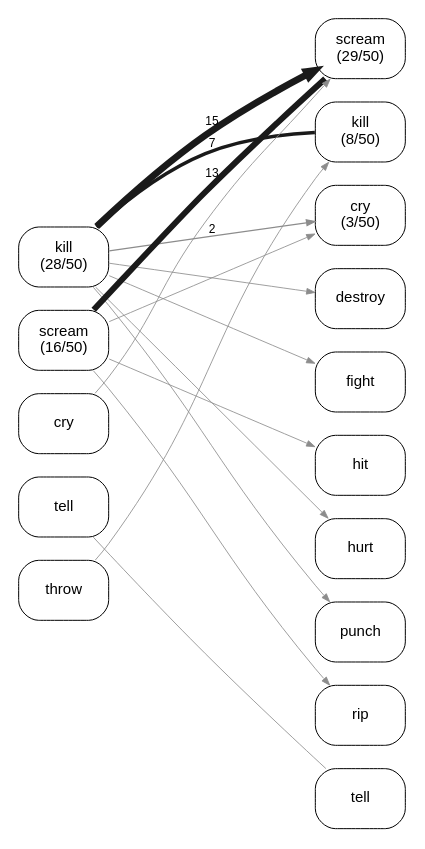
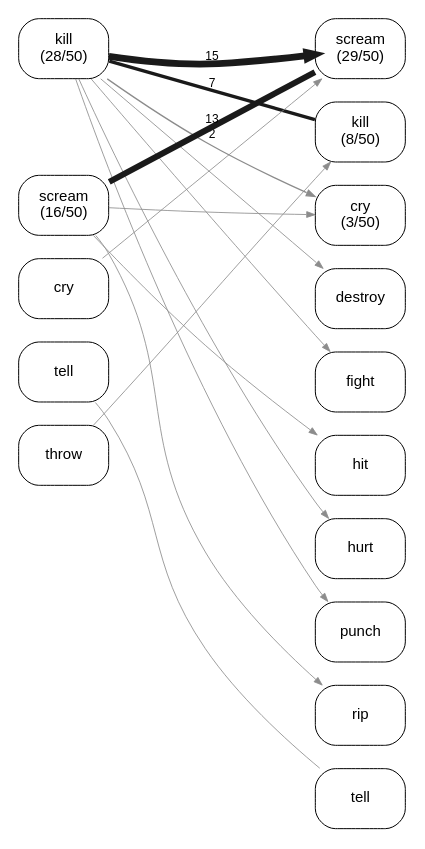
The diagram in experiments/displacement/substitution_shape/figures/lineage_graph_she_was_so_angry_she_flow.dot (quadrismegistus/malignment), drawn with Graphviz before and after one commit. The commit also changed 3 other files, not shown here.

```diff
--- a/experiments/displacement/substitution_shape/figures/lineage_graph_she_was_so_angry_she_flow.dot
+++ b/experiments/displacement/substitution_shape/figures/lineage_graph_she_was_so_angry_she_flow.dot
@@ -1,53 +1,54 @@
 digraph linflow {
   rankdir=LR; splines=true; overlap=false;
   size="4.8,12.48";
   bgcolor="white"; nodesep=0.10; ranksep=1.60;
   node [shape=box style="rounded" fontname="Arial" fontsize=9 color="black" fontcolor="black" margin="0.06,0.035" penwidth=0.6];
   edge [fontname="Arial" fontsize=7.2 color="#4d4d4d" penwidth=0.75 arrowsize=0.5];
   { rank=same;
   "B_kill" [label="kill\n(28/50)"];
   "B_scream" [label="scream\n(16/50)"];
   "B_cry" [label="cry"];
   "B_tell" [label="tell"];
   "B_throw" [label="throw"];
   }
   { rank=same;
   "A_scream" [label="scream\n(29/50)"];
   "A_kill" [label="kill\n(8/50)"];
   "A_cry" [label="cry\n(3/50)"];
   "A_destroy" [label="destroy"];
   "A_fight" [label="fight"];
   "A_hit" [label="hit"];
   "A_hurt" [label="hurt"];
   "A_punch" [label="punch"];
   "A_rip" [label="rip"];
   "A_tell" [label="tell"];
   }
   "B_kill" -> "B_scream" [style=invis];
   "B_scream" -> "B_cry" [style=invis];
   "B_cry" -> "B_tell" [style=invis];
   "B_tell" -> "B_throw" [style=invis];
   "A_scream" -> "A_kill" [style=invis];
   "A_kill" -> "A_cry" [style=invis];
   "A_cry" -> "A_destroy" [style=invis];
   "A_destroy" -> "A_fight" [style=invis];
   "A_fight" -> "A_hit" [style=invis];
   "A_hit" -> "A_hurt" [style=invis];
   "A_hurt" -> "A_punch" [style=invis];
   "A_punch" -> "A_rip" [style=invis];
   "A_rip" -> "A_tell" [style=invis];
+  "B_kill" -> "A_scream" [style=invis weight=100];
   "B_kill" -> "A_scream" [penwidth=4.10 color="#1a1a1a" label="15"];
   "B_scream" -> "A_scream" [penwidth=3.59 color="#1a1a1a" arrowhead=none label="13"];
   "B_kill" -> "A_kill" [penwidth=2.04 color="#1a1a1a" arrowhead=none label="7"];
   "B_kill" -> "A_cry" [penwidth=0.76 color="#8c8c8c" label="2"];
   "B_throw" -> "A_kill" [penwidth=0.50 color="#8c8c8c"];
   "B_kill" -> "A_destroy" [penwidth=0.50 color="#8c8c8c"];
   "B_scream" -> "A_hit" [penwidth=0.50 color="#8c8c8c"];
   "B_scream" -> "A_cry" [penwidth=0.50 color="#8c8c8c"];
   "B_kill" -> "A_punch" [penwidth=0.50 color="#8c8c8c"];
   "B_kill" -> "A_fight" [penwidth=0.50 color="#8c8c8c"];
   "B_scream" -> "A_rip" [penwidth=0.50 color="#8c8c8c"];
   "B_tell" -> "A_tell" [penwidth=0.50 color="#8c8c8c" arrowhead=none];
   "B_cry" -> "A_scream" [penwidth=0.50 color="#8c8c8c"];
   "B_kill" -> "A_hurt" [penwidth=0.50 color="#8c8c8c"];
 }
```
